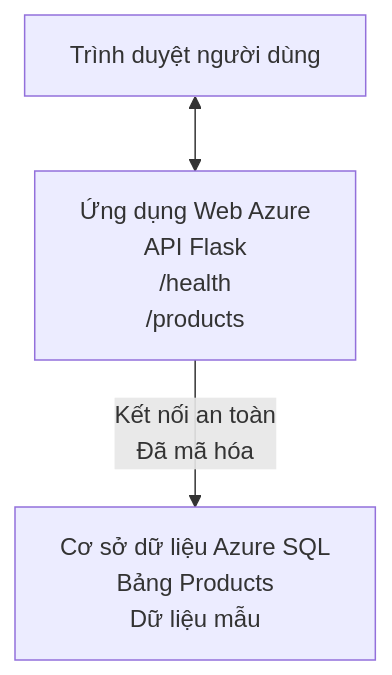
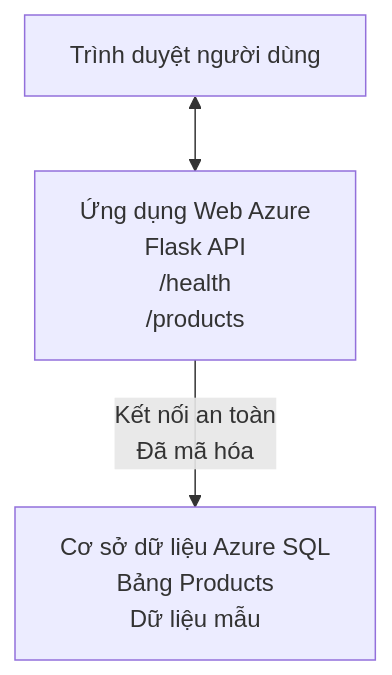
The diagram in translations/vi/examples/database-app/README.md (microsoft/AZD-for-beginners), drawn with Mermaid before and after one commit. The commit also changed other lines of this file and 101 other files, not shown here.

````diff
--- a/translations/vi/examples/database-app/README.md
+++ b/translations/vi/examples/database-app/README.md
@@ -72,5 +72,5 @@
 ```mermaid
 graph TD
-    Browser[Trình duyệt người dùng] <--> WebApp[Ứng dụng Web Azure<br/>API Flask<br/>/health<br/>/products]
+    Browser[Trình duyệt người dùng] <--> WebApp[Ứng dụng Web Azure<br/>Flask API<br/>/health<br/>/products]
     WebApp -- Kết nối an toàn<br/>Đã mã hóa --> SQL[Cơ sở dữ liệu Azure SQL<br/>Bảng Products<br/>Dữ liệu mẫu]
 ```
````
